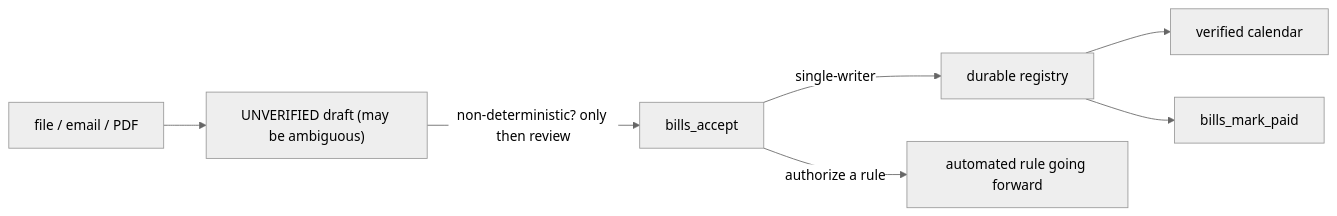
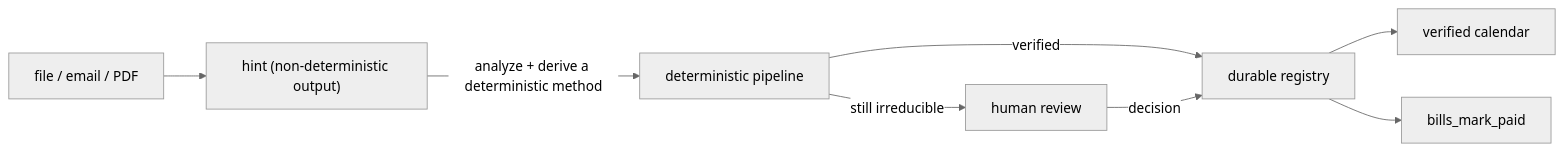
One commit to makeroftools/agent-centric changed the second of 2 diagrams in README.md. Above: the diagram before and after it, drawn with Mermaid (neutral theme). The commit also changed other lines of this file and 1 other file, not shown here.

First line of the commit message:
docs(readme): determinize, then decide - never rely on non-deterministic output

````diff
--- a/README.md
+++ b/README.md
@@ -157,9 +159,10 @@
 ```mermaid
 flowchart LR
-  A[file / email / PDF] --> B["UNVERIFIED draft (may be ambiguous)"]
-  B -->|"non-deterministic? only then review"| C[bills_accept]
-  C -->|"single-writer"| D[durable registry]
-  C -->|"authorize a rule"| R[automated rule going forward]
-  D --> E[verified calendar]
-  D --> F[bills_mark_paid]
+  A[file / email / PDF] --> B["hint (non-deterministic output)"]
+  B -->|analyze + derive a deterministic method| D["deterministic pipeline"]
+  D -->|"still irreducible"| H[human review]
+  D -->|"verified"| R[durable registry]
+  H -->|"decision"| R
+  R --> E[verified calendar]
+  R --> F[bills_mark_paid]
 ```
````
